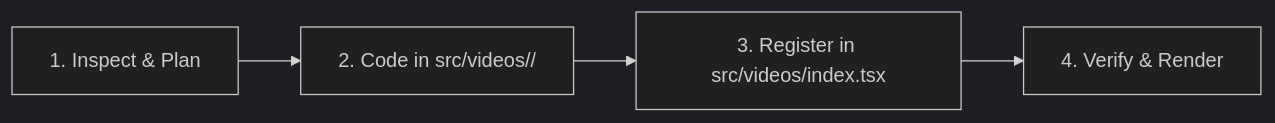
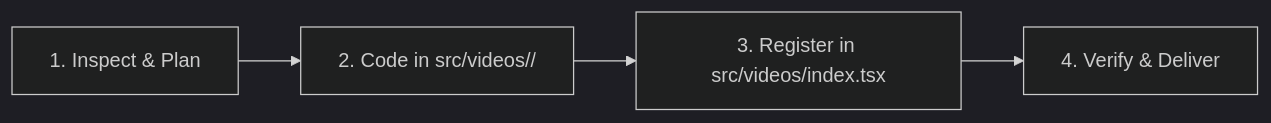
The diagram in .agents/skills/SKILL.md (RiadDeveloper/motion-animation), drawn with Mermaid (dark theme) before and after one commit. The commit also changed other lines of this file and 3 other files, not shown here.

````diff
--- a/.agents/skills/SKILL.md
+++ b/.agents/skills/SKILL.md
@@ -36,6 +36,6 @@
 ```mermaid
 flowchart LR
     A["1. Inspect & Plan"] --> B["2. Code in src/videos/<project>/"]
     B --> C["3. Register in src/videos/index.tsx"]
-    C --> D["4. Verify & Render"]
+    C --> D["4. Verify & Deliver"]
 ```
````
